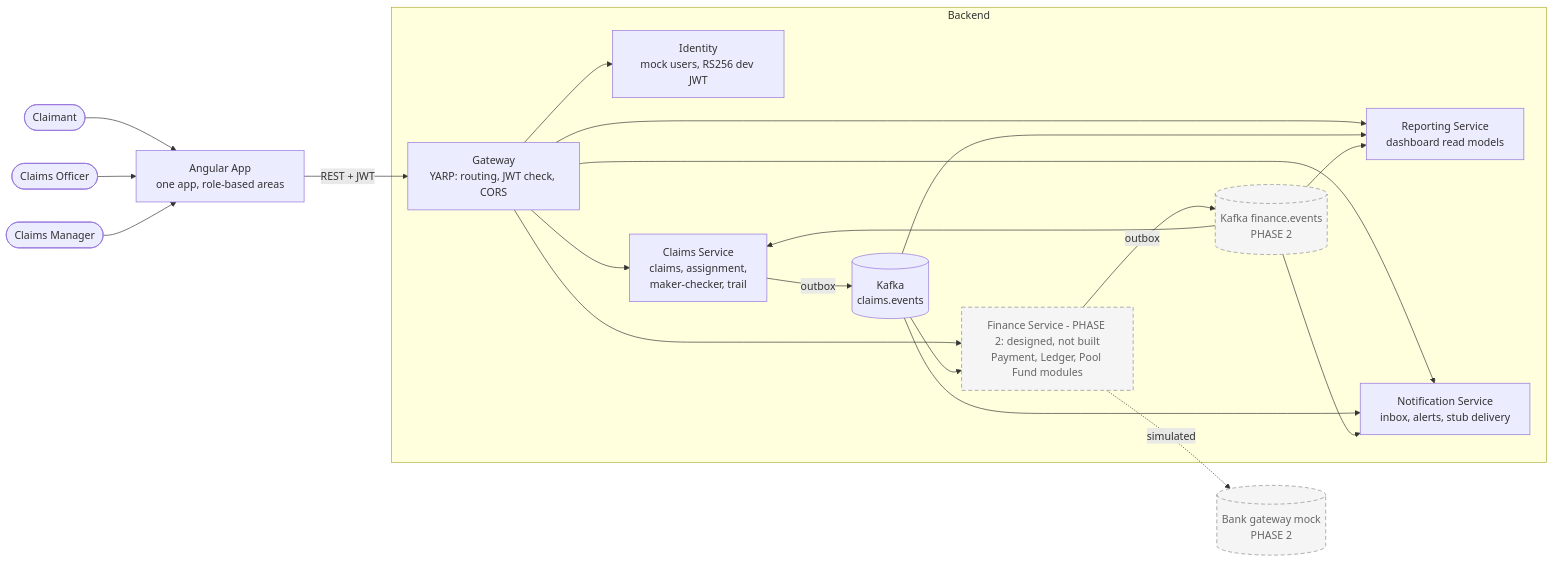
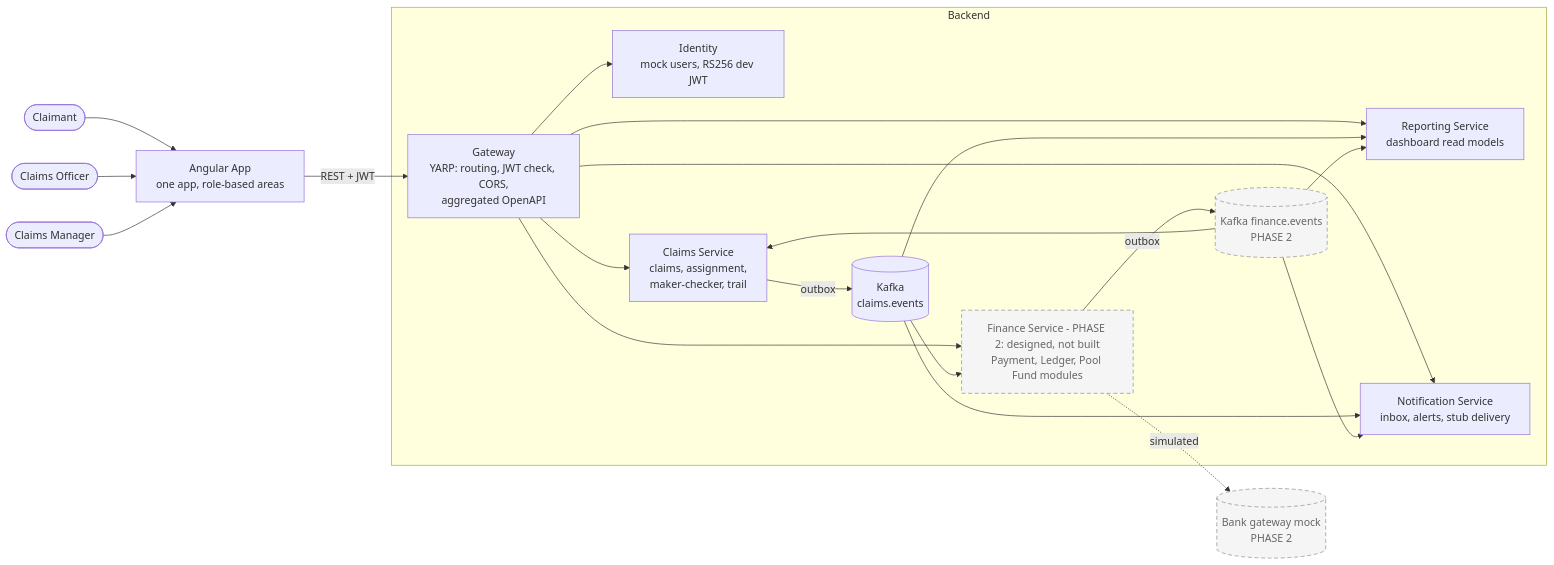
One commit to ZaimOmar/ChubbBackEnd changed the first of 10 diagrams in docs/architecture/ARCHITECTURE.md. Above: the diagram before and after it, drawn with Mermaid. The commit also changed other lines of this file and 6 other files, not shown here.

First line of the commit message:
docs: add BR-78, amend ADR-003/008, update architecture and security requirements

````diff
--- a/docs/architecture/ARCHITECTURE.md
+++ b/docs/architecture/ARCHITECTURE.md
@@ -23,34 +23,34 @@
 ```mermaid
 flowchart LR
     C([Claimant]) --> FE
     O([Claims Officer]) --> FE
     M([Claims Manager]) --> FE
     FE[Angular App<br/>one app, role-based areas] -->|REST + JWT| GW
 
     subgraph Backend
-        GW[Gateway<br/>YARP: routing, JWT check, CORS]
+        GW[Gateway<br/>YARP: routing, JWT check, CORS,<br/>aggregated OpenAPI]
         ID[Identity<br/>mock users, RS256 dev JWT]
         CL[Claims Service<br/>claims, assignment,<br/>maker-checker, trail]
         FN[Finance Service - PHASE 2: designed, not built<br/>Payment, Ledger, Pool Fund modules]
         RP[Reporting Service<br/>dashboard read models]
         NT[Notification Service<br/>inbox, alerts, stub delivery]
         K1[(Kafka<br/>claims.events)]
         K2[(Kafka finance.events<br/>PHASE 2)]
         GW --> ID
         GW --> CL
         GW --> FN
         GW --> RP
         GW --> NT
         CL -->|outbox| K1
         FN -->|outbox| K2
         K1 --> FN
         K2 --> CL
         K1 --> RP
         K2 --> RP
         K1 --> NT
         K2 --> NT
     end
     FN -.->|simulated| BK[(Bank gateway mock<br/>PHASE 2)]
     classDef p2 stroke-dasharray: 6 4,stroke:#888,color:#666,fill:#f5f5f5
     class FN,K2,BK p2
 ```
````
